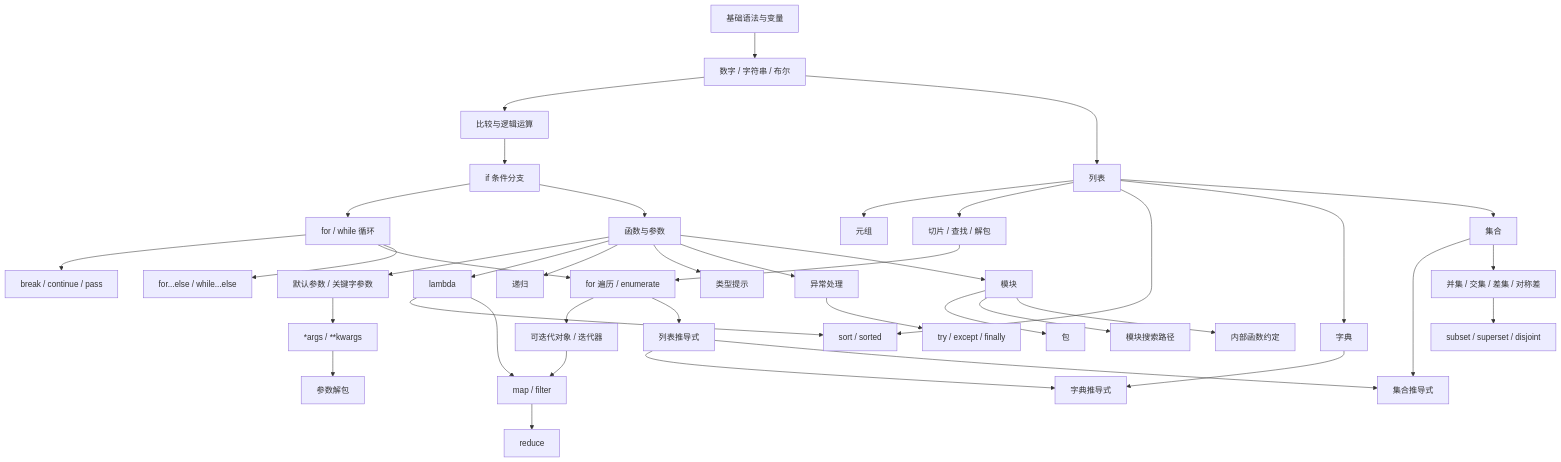
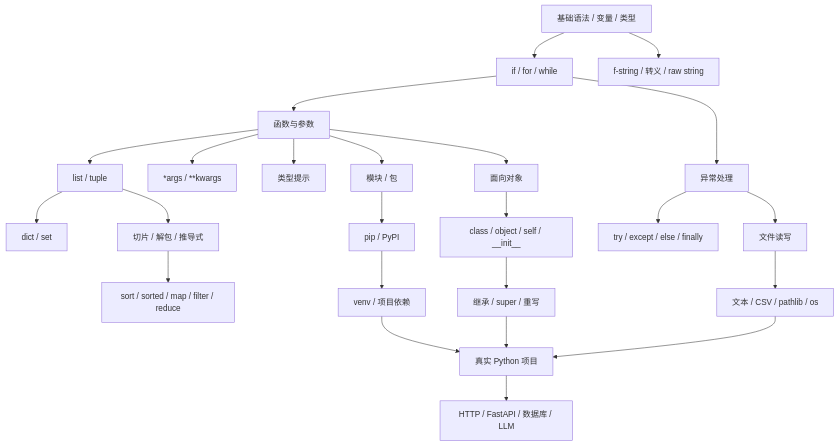
Before and after one commit to sakura1tap-afk/ailearn: the diagram in 01 Python知识图谱.md, drawn with Mermaid. The commit also changed other lines of this file, not shown here.

Commit message:
docs: extend Python knowledge graph to Day06

````diff
--- a/01 Python知识图谱.md
+++ b/01 Python知识图谱.md
@@ -12,50 +10,26 @@
 ```mermaid
 flowchart TD
-    A[基础语法与变量] --> B[数字 / 字符串 / 布尔]
-    B --> C[比较与逻辑运算]
-    C --> D[if 条件分支]
-    D --> E[for / while 循环]
-    E --> F[break / continue / pass]
-
-    D --> G[函数与参数]
-    G --> H[默认参数 / 关键字参数]
-    H --> I[*args / **kwargs]
-    I --> J[参数解包]
-    G --> K[lambda]
-    G --> L[递归]
-    G --> M[类型提示]
-
-    B --> N[列表]
-    N --> O[元组]
-    N --> P[切片 / 查找 / 解包]
-    E --> Q[for 遍历 / enumerate]
-    P --> Q
-    Q --> R[可迭代对象 / 迭代器]
-
-    K --> S[sort / sorted]
-    N --> S
-    K --> T[map / filter]
-    R --> T
-    T --> U[reduce]
-    Q --> V[列表推导式]
-
-    N --> W[字典]
-    V --> X[字典推导式]
-    W --> X
-
-    N --> Y[集合]
-    V --> Z[集合推导式]
-    Y --> Z
-    Y --> AA[并集 / 交集 / 差集 / 对称差]
-    AA --> AB[subset / superset / disjoint]
-
-    E --> AC[for...else / while...else]
-
-    G --> AD[异常处理]
-    AD --> AE[try / except / finally]
-
-    G --> AF[模块]
-    AF --> AG[包]
-    AF --> AH[模块搜索路径]
-    AF --> AI[内部函数约定]
+    A[基础语法 / 变量 / 类型] --> B[if / for / while]
+    B --> C[函数与参数]
+    C --> D[list / tuple]
+    D --> E[dict / set]
+    D --> F[切片 / 解包 / 推导式]
+    F --> G[sort / sorted / map / filter / reduce]
+    C --> H[*args / **kwargs]
+    C --> I[类型提示]
+    B --> J[异常处理]
+    J --> K[try / except / else / finally]
+    C --> L[模块 / 包]
+    A --> M[f-string / 转义 / raw string]
+    J --> N[文件读写]
+    N --> O[文本 / CSV / pathlib / os]
+    L --> P[pip / PyPI]
+    P --> Q[venv / 项目依赖]
+    C --> R[面向对象]
+    R --> S[class / object / self / __init__]
+    S --> T[继承 / super / 重写]
+    O --> U[真实 Python 项目]
+    Q --> U
+    T --> U
+    U --> V[HTTP / FastAPI / 数据库 / LLM]
 ```
````
